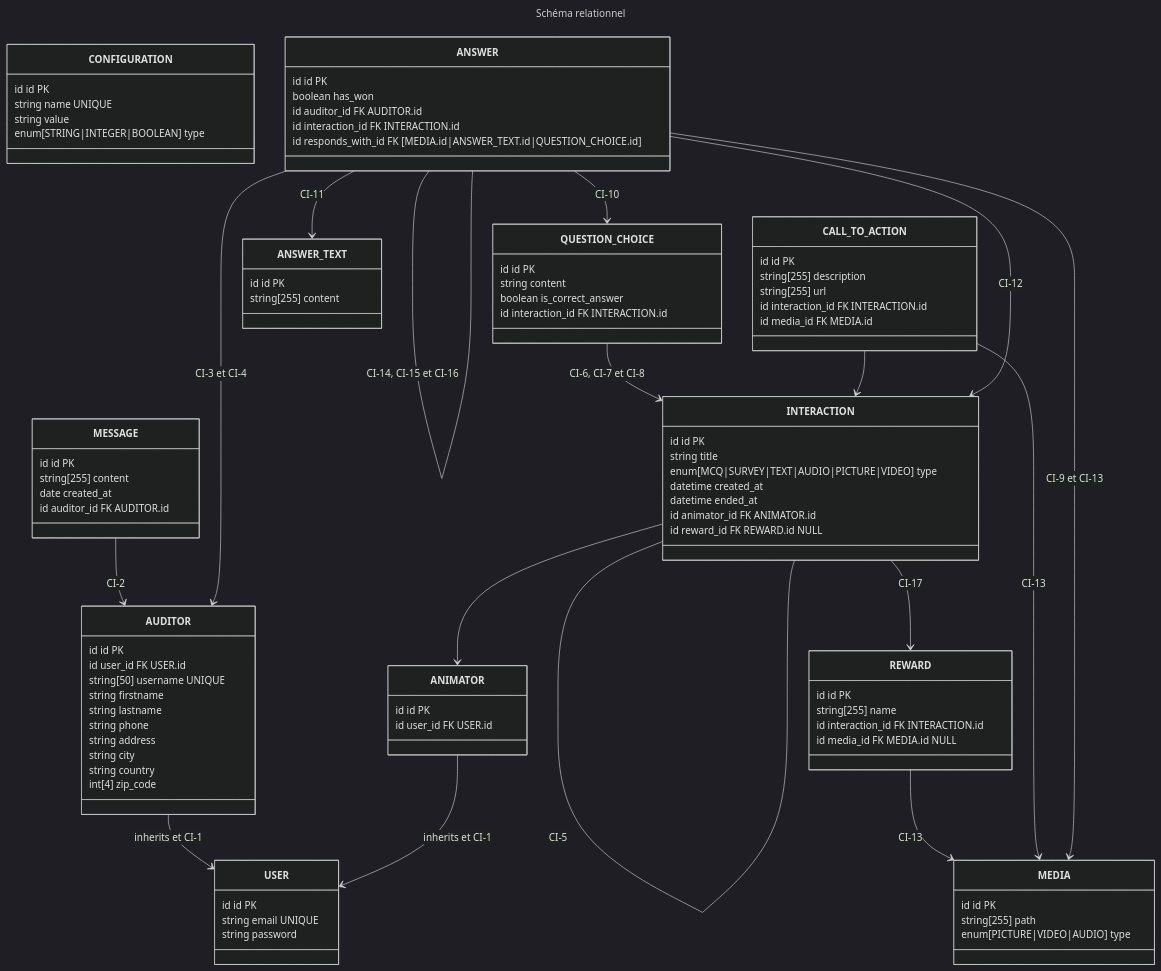
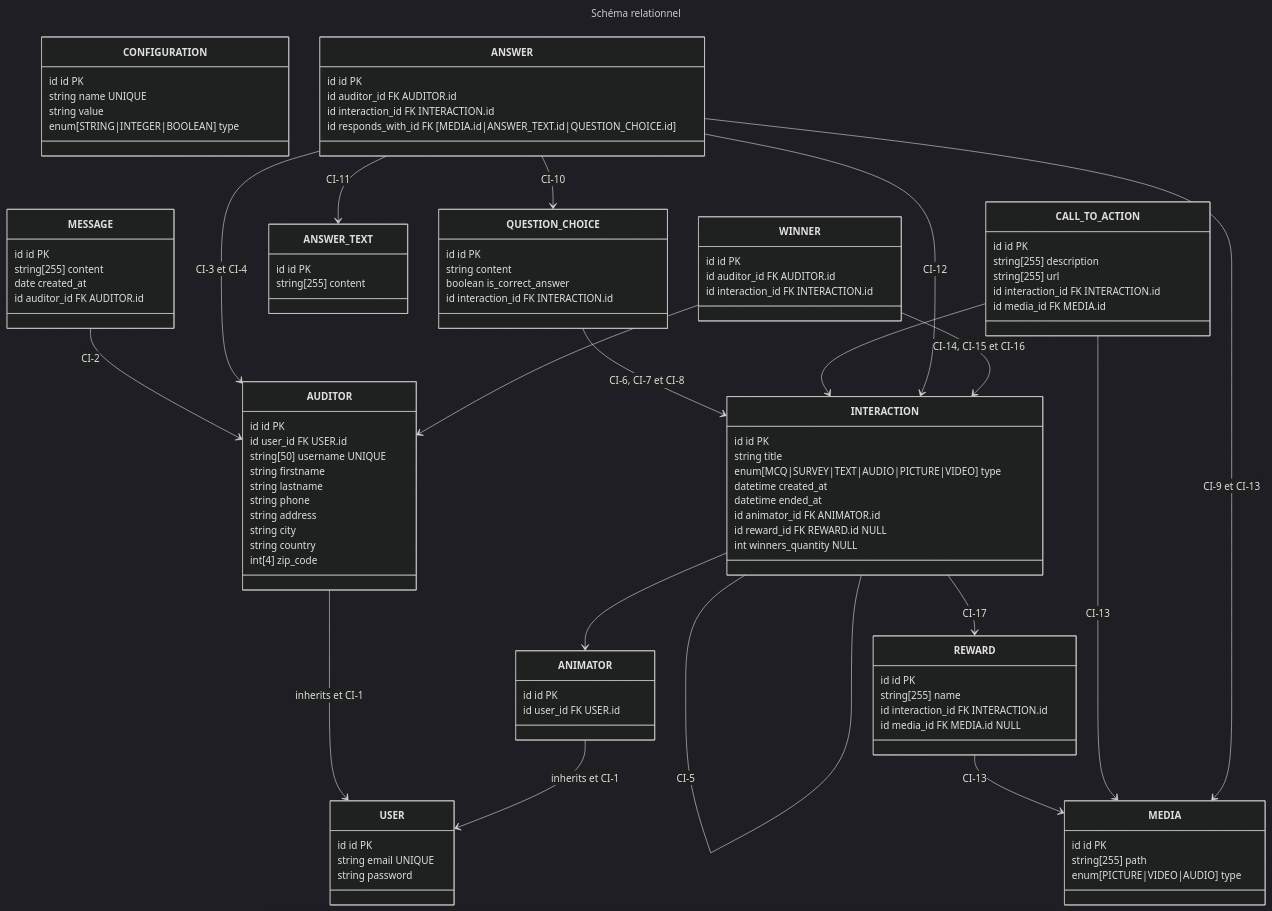
Before and after one commit to C-Super/couleur3: the diagram in docs/database/relational-schema.md, drawn with Mermaid (dark theme). The commit also changed 2 other files, not shown here.

Commit message:
refactor: Ajout d'une table "WINNER"

````diff
--- a/docs/database/relational-schema.md
+++ b/docs/database/relational-schema.md
@@ -56,6 +56,7 @@
         datetime ended_at
         id animator_id FK ANIMATOR.id
         id reward_id FK REWARD.id NULL
+        int winners_quantity NULL
     }
 
     class REWARD {
@@ -74,7 +75,6 @@
 
     class ANSWER {
         id id PK
-        boolean has_won
         id auditor_id FK AUDITOR.id
         id interaction_id FK INTERACTION.id
         id responds_with_id FK [MEDIA.id|ANSWER_TEXT.id|QUESTION_CHOICE.id]
@@ -83,6 +83,12 @@
     class ANSWER_TEXT {
         id id PK
         string[255] content
+    }
+
+    class WINNER {
+        id id PK
+        id auditor_id FK AUDITOR.id
+        id interaction_id FK INTERACTION.id
     }
 
     class CALL_TO_ACTION {
@@ -114,5 +120,7 @@
     ANSWER --> ANSWER_TEXT : CI-11
     ANSWER --> QUESTION_CHOICE : CI-10
     ANSWER --> MEDIA : CI-9 et CI-13
-    ANSWER -- ANSWER : CI-14, CI-15 et CI-16
+
+    WINNER --> INTERACTION : CI-14, CI-15 et CI-16
+    WINNER --> AUDITOR
 ```
````
